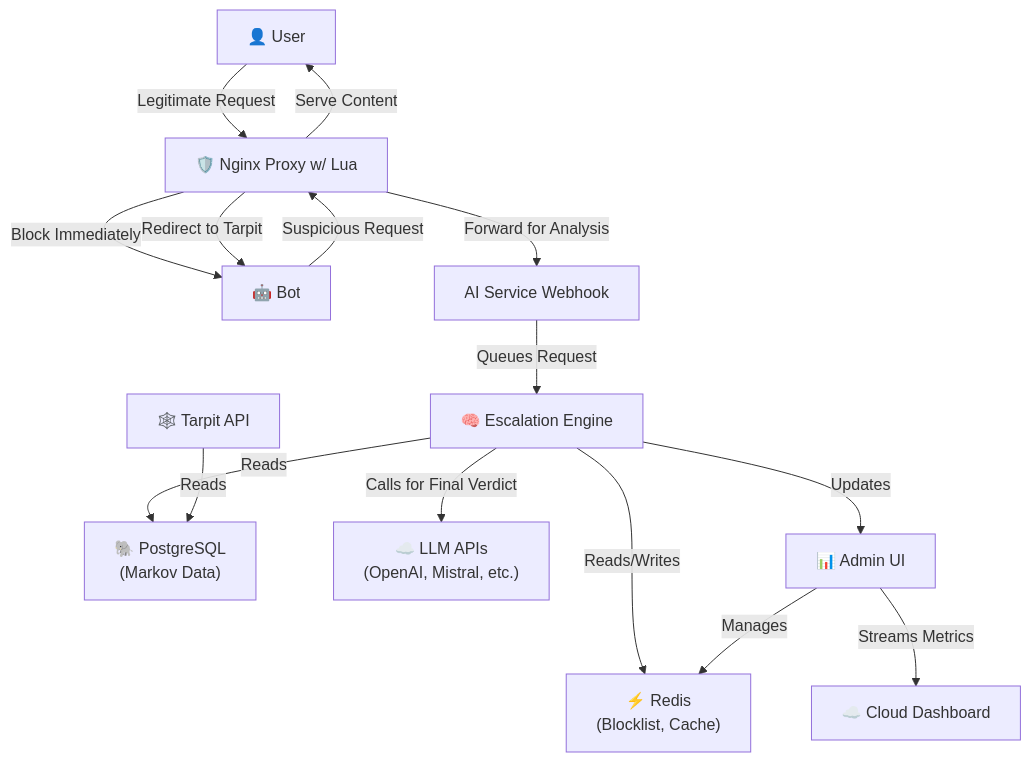
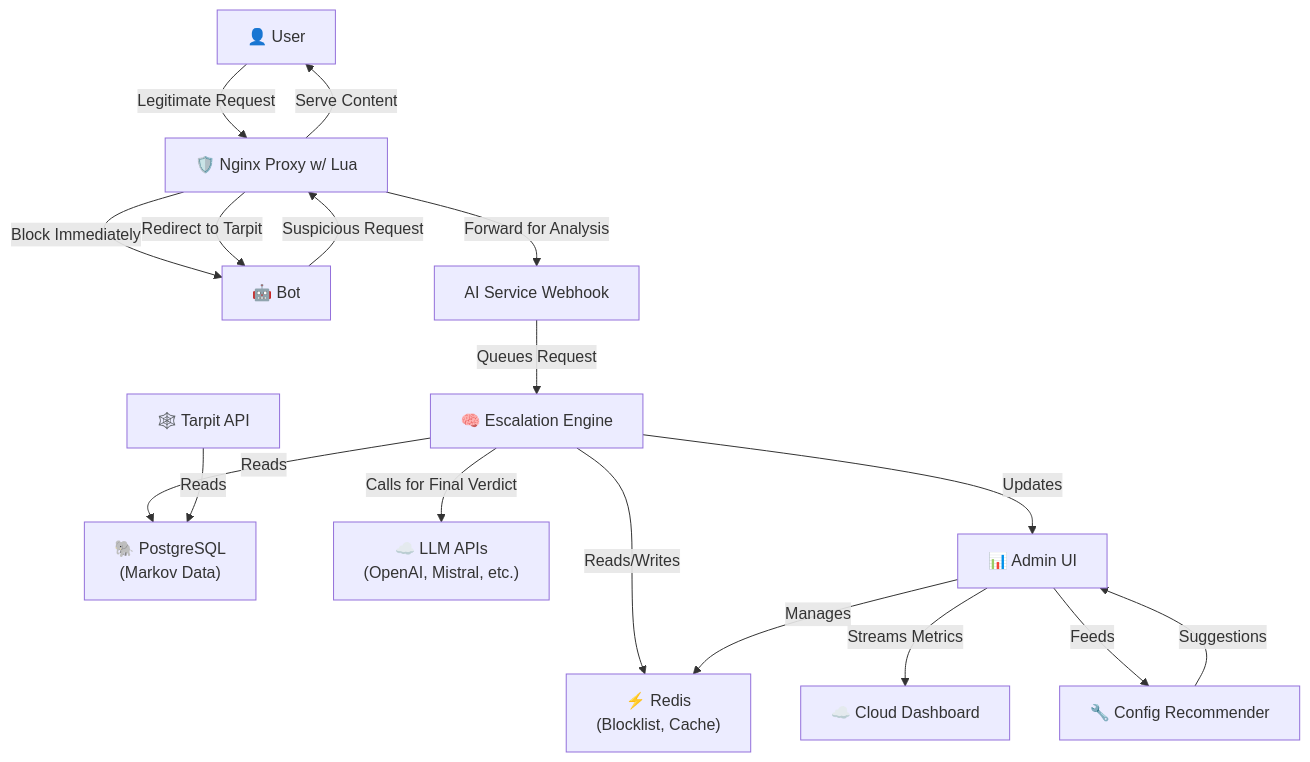
One commit to rhamenator/ai-scraping-defense changed the second of 3 diagrams in docs/architecture.md. Above: the diagram before and after it, drawn with Mermaid. The commit also changed other lines of this file and 9 other files, not shown here.

Commit message:
Add config recommender service

````diff
--- a/docs/architecture.md
+++ b/docs/architecture.md
@@ -87,21 +91,23 @@
 ```mermaid
 graph TD
     User["👤 User"] -->|Legitimate Request| Nginx
     Bot["🤖 Bot"] -->|Suspicious Request| Nginx
 
     Nginx["🛡️ Nginx Proxy w/ Lua"] -->|Block Immediately| Bot
     Nginx -->|Forward for Analysis| AIService["AI Service Webhook"]
     Nginx -->|Serve Content| User
     Nginx -->|Redirect to Tarpit| Bot
 
     AIService -->|Queues Request| EscalationEngine["🧠 Escalation Engine"]
     EscalationEngine -->|Reads/Writes| Redis["⚡ Redis\n(Blocklist, Cache)"]
     EscalationEngine -->|Reads| Postgres["🐘 PostgreSQL\n(Markov Data)"]
     EscalationEngine -->|Calls for Final Verdict| LLM["☁️ LLM APIs\n(OpenAI, Mistral, etc.)"]
     EscalationEngine -->|Updates| AdminUI["📊 Admin UI"]
     AdminUI -->|Streams Metrics| CloudDashboard["☁️ Cloud Dashboard"]
+    AdminUI -->|Feeds| ConfigRecommender["🔧 Config Recommender"]
+    ConfigRecommender -->|Suggestions| AdminUI
 
     AdminUI -->|Manages| Redis
 
     TarpitAPI["🕸️ Tarpit API"] -->|Reads| Postgres
 ```
````
